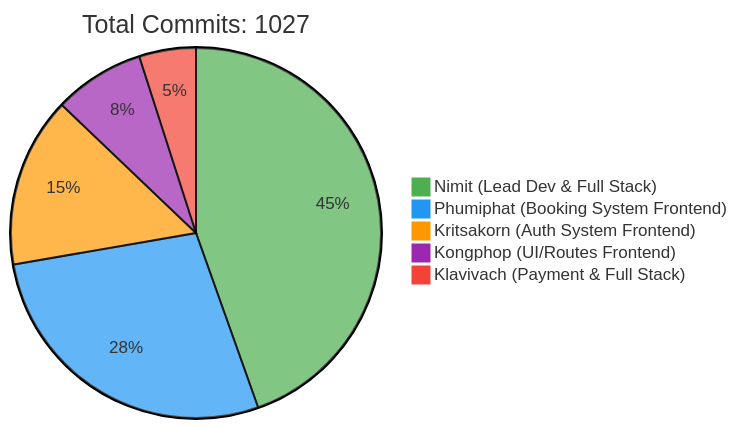
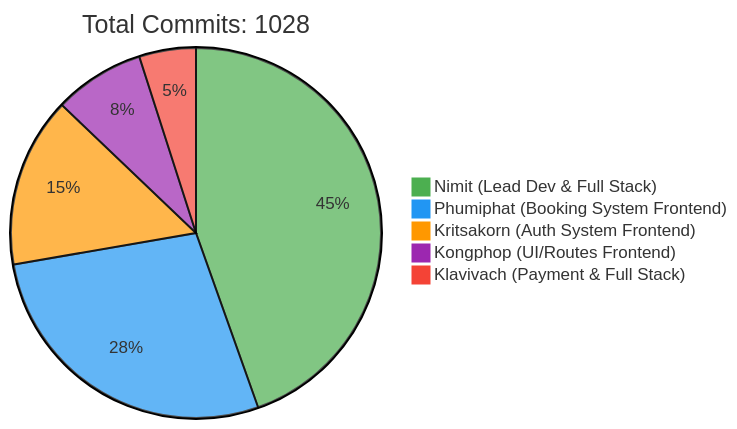
The first of 2 diagrams in README.md (6531503042/Sport-Complex), drawn with Mermaid before and after one commit. The commit also changed other lines of this file, not shown here.

Commit message:
docs: Update contributor statistics [skip ci]

````diff
--- a/README.md
+++ b/README.md
@@ -240,10 +240,10 @@
 ```mermaid
 %%{init: {'theme': 'base', 'themeVariables': { 'pie1': '#4CAF50', 'pie2': '#2196F3', 'pie3': '#FF9800', 'pie4': '#9C27B0', 'pie5': '#F44336'}}}%%
 pie
-    title Total Commits: 1027
+    title Total Commits: 1028
     "Nimit (Lead Dev & Full Stack)" : 450
     "Phumiphat (Booking System Frontend)" : 280
     "Kritsakorn (Auth System Frontend)" : 150
     "Kongphop (UI/Routes Frontend)" : 80
     "Klavivach (Payment & Full Stack)" : 50
 ```
````
